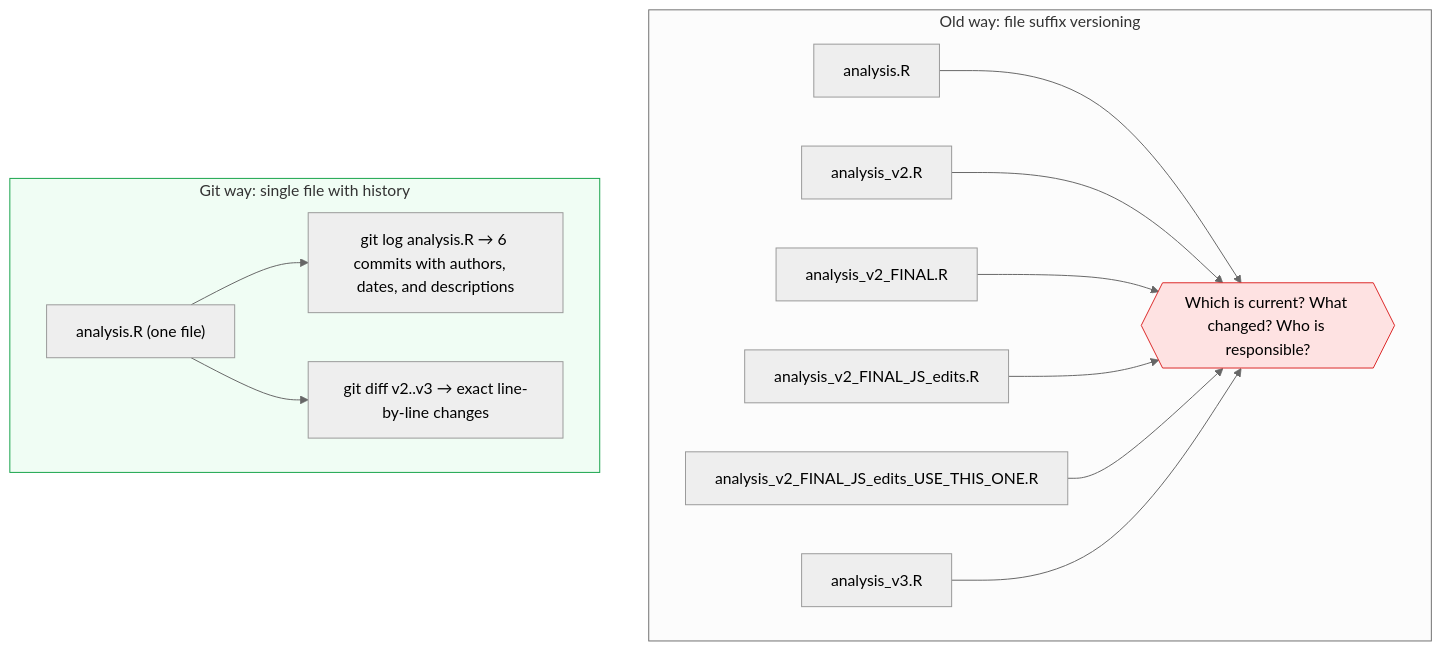
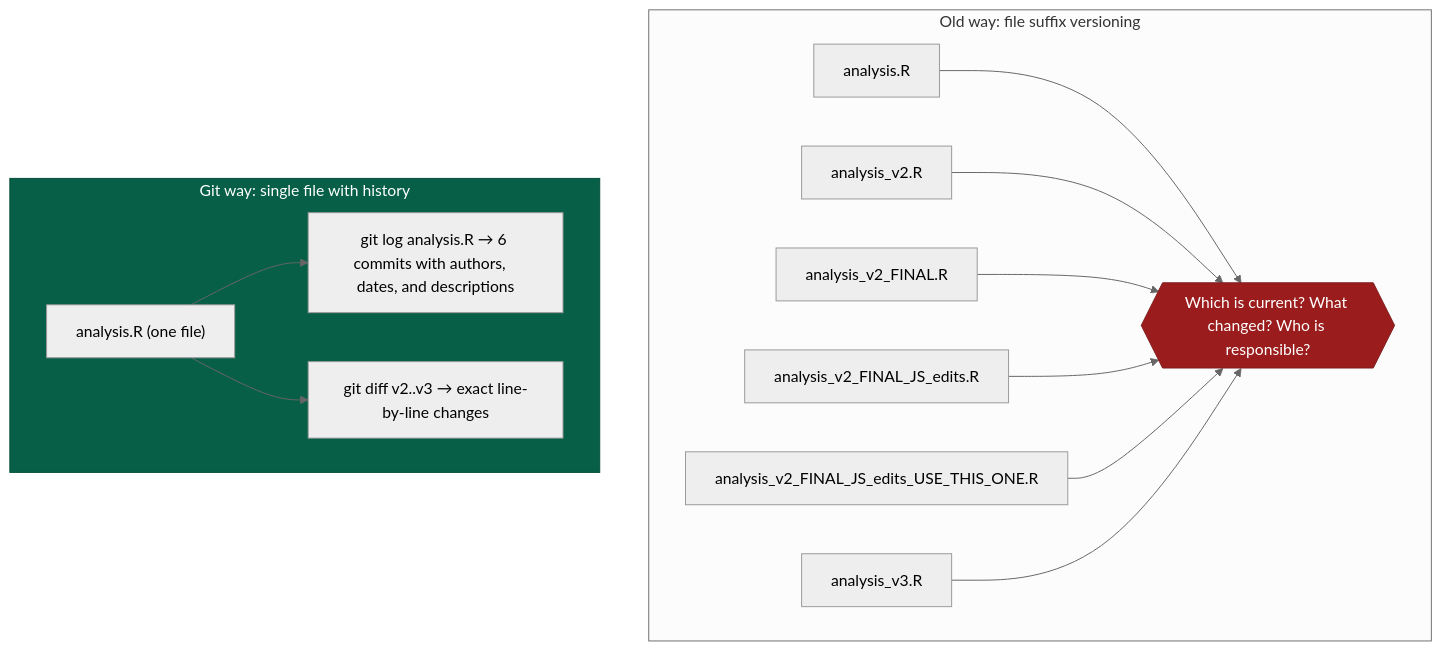
One commit to Ch3w3y/docker_gcp changed the second of 4 diagrams in docs/from-shares-to-git.md. Above: the diagram before and after it, drawn with Mermaid (neutral theme). The commit also changed 11 other files, not shown here.

First line of the commit message:
Fix/mermaid contrast and linebreaks (#17)

````diff
--- a/docs/from-shares-to-git.md
+++ b/docs/from-shares-to-git.md
@@ -86,24 +86,24 @@
 ```mermaid
 flowchart TD
     subgraph Old["Old way: file suffix versioning"]
         F1["analysis.R"]
         F2["analysis_v2.R"]
         F3["analysis_v2_FINAL.R"]
         F4["analysis_v2_FINAL_JS_edits.R"]
         F5["analysis_v2_FINAL_JS_edits_USE_THIS_ONE.R"]
         F6["analysis_v3.R"]
         Q1{{"Which is current? What changed? Who is responsible?"}}
         F1 & F2 & F3 & F4 & F5 & F6 --> Q1
     end
 
     subgraph New["Git way: single file with history"]
         G1["analysis.R (one file)"]
         G2["git log analysis.R → 6 commits with authors,   dates, and descriptions"]
         G3["git diff v2..v3 → exact line-by-line changes"]
         G1 --> G2
         G1 --> G3
     end
 
-    style Q1 fill:#fee2e2,stroke:#dc2626
-    style New fill:#f0fdf4,stroke:#16a34a
+    style Q1 fill:#9b1c1c,stroke:#7f1d1d,color:#ffffff
+    style New fill:#065f46,stroke:#064e3b,color:#ffffff
 ```
````
